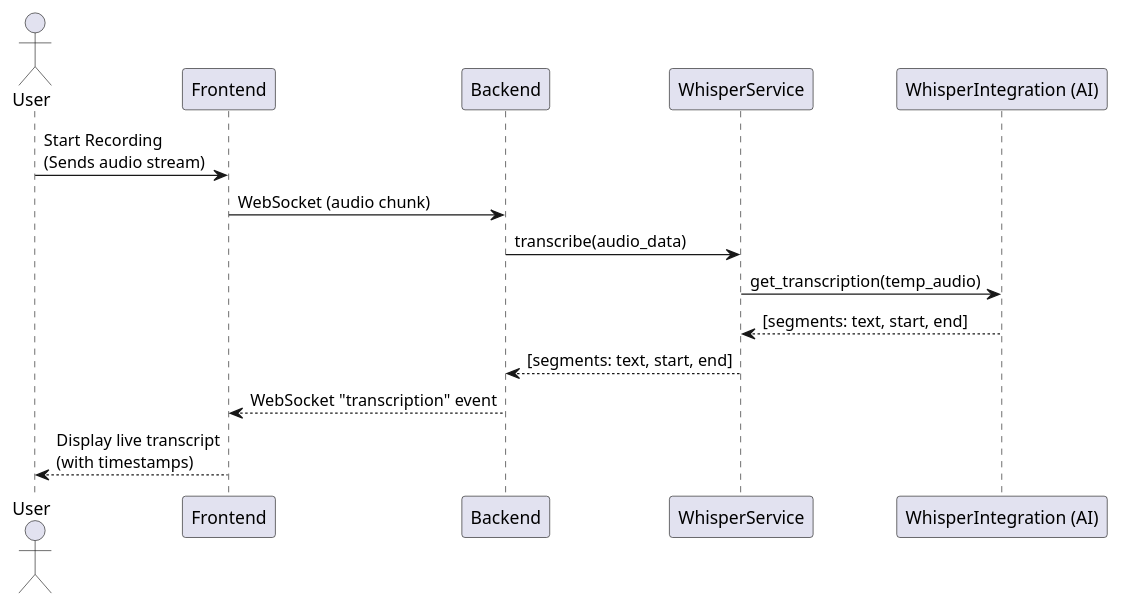
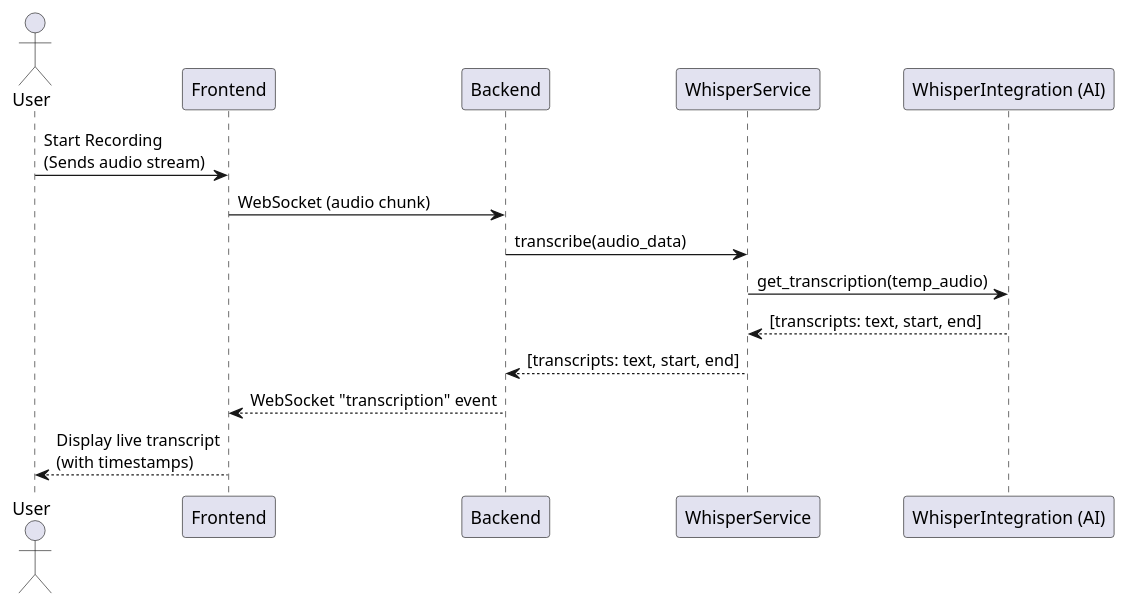
Before and after one commit to gmunumel/phonic-ai: the diagram in docs/sequence_diagram.puml, drawn with PlantUML. The commit also changed 3 other files, not shown here.

```diff
--- a/docs/sequence_diagram.puml
+++ b/docs/sequence_diagram.puml
@@ -1,13 +1,13 @@
 @startuml Sequence Diagram
 actor User
 
 User -> Frontend : Start Recording\n(Sends audio stream)
 Frontend -> Backend : WebSocket (audio chunk)
 Backend -> WhisperService : transcribe(audio_data)
 WhisperService -> "WhisperIntegration (AI)" : get_transcription(temp_audio)
-"WhisperIntegration (AI)" --> WhisperService : [segments: text, start, end]
-WhisperService --> Backend : [segments: text, start, end]
+"WhisperIntegration (AI)" --> WhisperService : [transcripts: text, start, end]
+WhisperService --> Backend : [transcripts: text, start, end]
 Backend --> Frontend : WebSocket "transcription" event
 Frontend --> User : Display live transcript\n(with timestamps)
 
 @enduml
```
